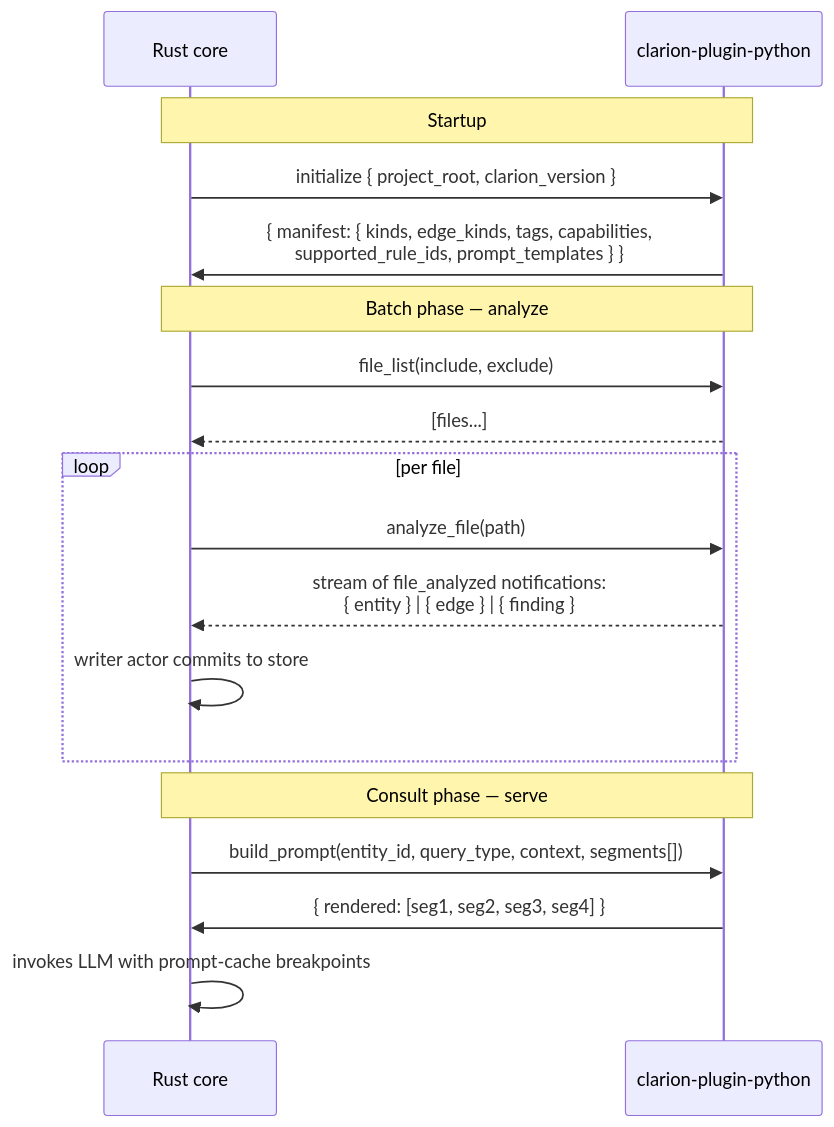
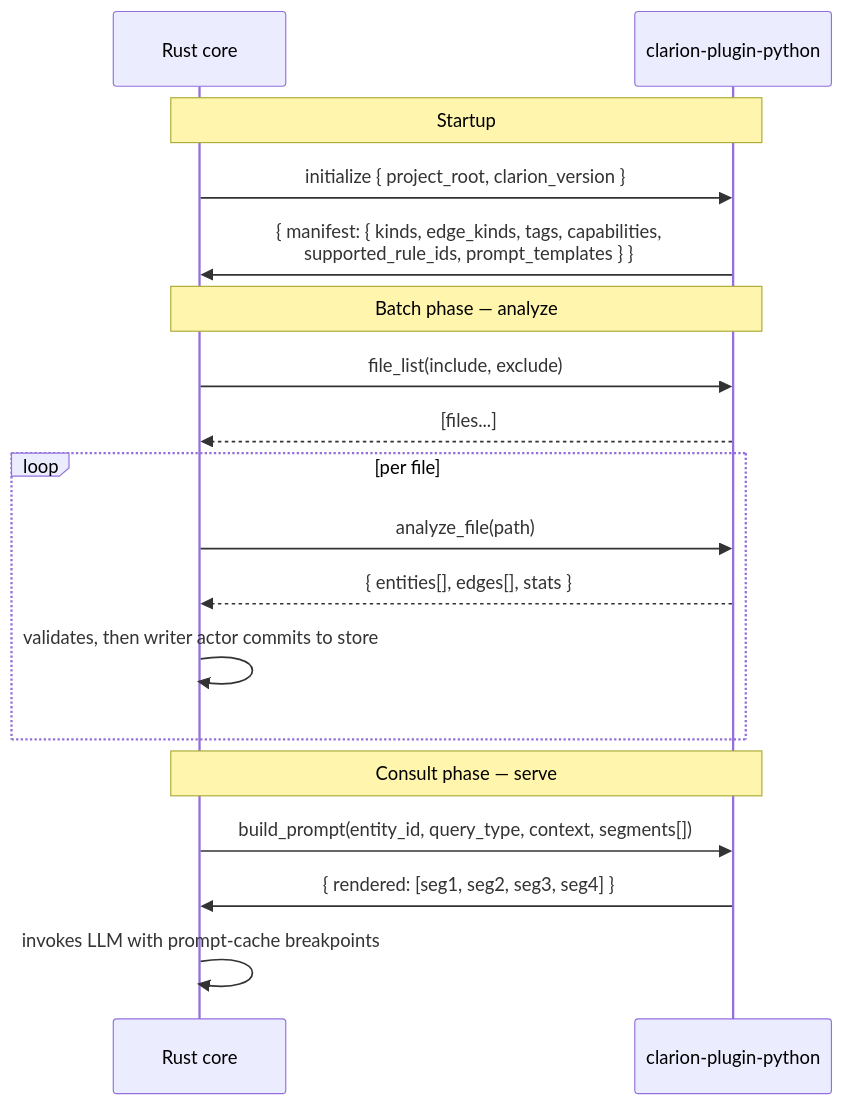
One commit to foundryside-dev/loomweave changed the third of 7 diagrams in docs/clarion/1.0/system-design.md. Above: the diagram before and after it, drawn with Mermaid. The commit also changed other lines of this file and 21 other files, not shown here.

````diff
--- a/docs/clarion/1.0/system-design.md
+++ b/docs/clarion/1.0/system-design.md
@@ -161,23 +161,23 @@
 ```mermaid
 sequenceDiagram
     participant Core as Rust core
     participant Plugin as clarion-plugin-python
 
     Note over Core,Plugin: Startup
     Core->>Plugin: initialize { project_root, clarion_version }
     Plugin->>Core: { manifest: { kinds, edge_kinds, tags, capabilities,<br/>supported_rule_ids, prompt_templates } }
 
     Note over Core,Plugin: Batch phase — analyze
     Core->>Plugin: file_list(include, exclude)
     Plugin-->>Core: [files...]
     loop per file
         Core->>Plugin: analyze_file(path)
-        Plugin-->>Core: stream of file_analyzed notifications:<br/>{ entity } | { edge } | { finding }
-        Core->>Core: writer actor commits to store
+        Plugin-->>Core: { entities[], edges[], stats }
+        Core->>Core: validates, then writer actor commits to store
     end
 
     Note over Core,Plugin: Consult phase — serve
     Core->>Plugin: build_prompt(entity_id, query_type, context, segments[])
     Plugin->>Core: { rendered: [seg1, seg2, seg3, seg4] }
     Core->>Core: invokes LLM with prompt-cache breakpoints
 ```
````
